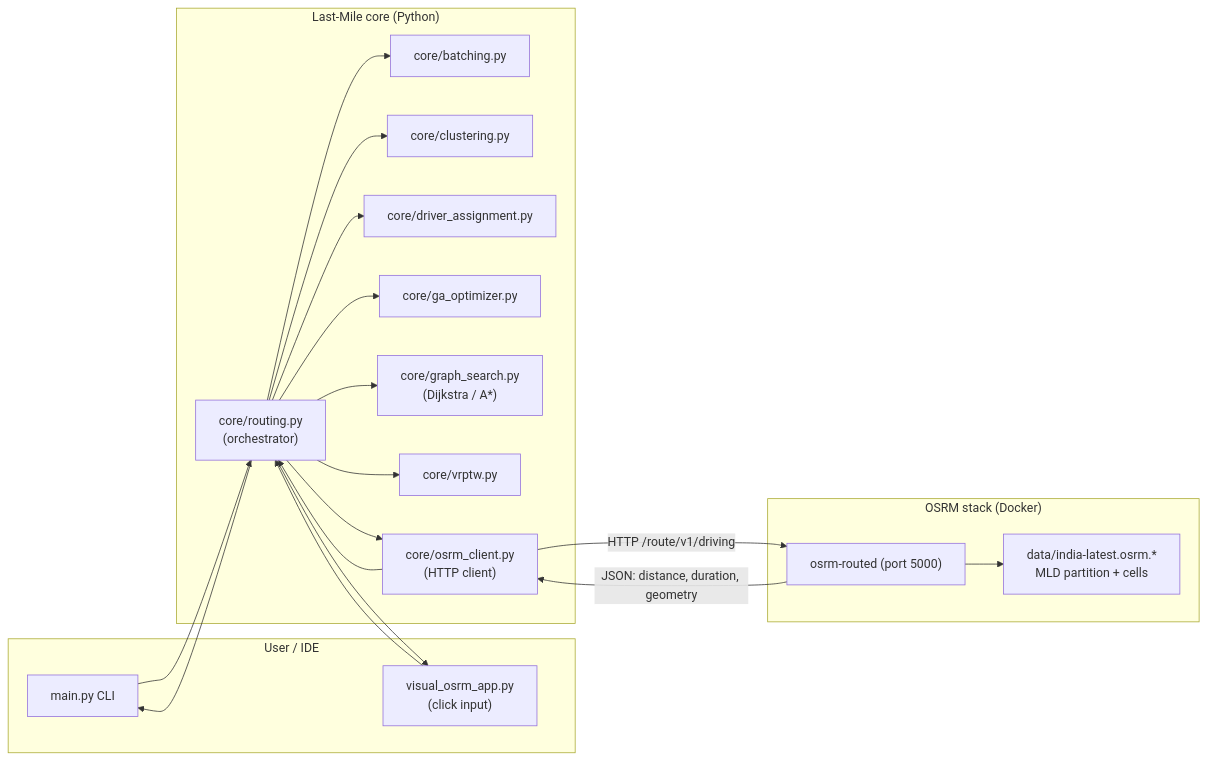
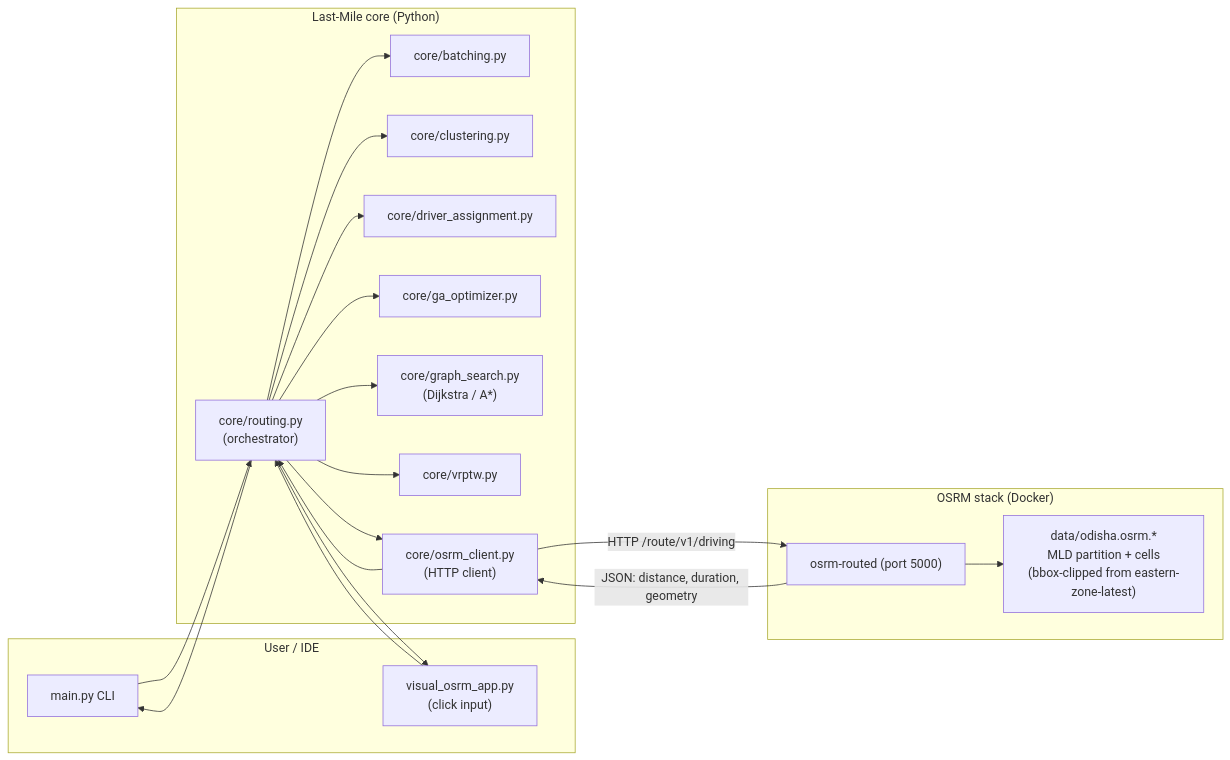
One commit to Chitranjali3/LAST_MILE_DISSERTATION changed the first of 7 diagrams in README.md. Above: the diagram before and after it, drawn with Mermaid. The commit also changed other lines of this file and 33 other files, not shown here.

````diff
--- a/README.md
+++ b/README.md
@@ -53,39 +54,39 @@
 ```mermaid
 flowchart LR
     subgraph User["User / IDE"]
         CLI["main.py CLI"]
         VIS["visual_osrm_app.py<br/>(click input)"]
     end
 
     subgraph Core["Last-Mile core (Python)"]
         BATCH["core/batching.py"]
         CLUS["core/clustering.py"]
         ASSIGN["core/driver_assignment.py"]
         GA["core/ga_optimizer.py"]
         GRAPH["core/graph_search.py<br/>(Dijkstra / A*)"]
         VRPTW["core/vrptw.py"]
         ROUTING["core/routing.py<br/>(orchestrator)"]
         OSRMC["core/osrm_client.py<br/>(HTTP client)"]
     end
 
     subgraph OSRM["OSRM stack (Docker)"]
         SRV["osrm-routed (port 5000)"]
-        DATA["data/india-latest.osrm.*<br/>MLD partition + cells"]
+        DATA["data/odisha.osrm.*<br/>MLD partition + cells<br/>(bbox-clipped from eastern-zone-latest)"]
     end
 
     CLI --> ROUTING
     VIS --> ROUTING
     ROUTING --> BATCH
     ROUTING --> CLUS
     ROUTING --> ASSIGN
     ROUTING --> GA
     ROUTING --> GRAPH
     ROUTING --> VRPTW
     ROUTING --> OSRMC
     OSRMC -- "HTTP /route/v1/driving" --> SRV
     SRV --> DATA
     SRV -- "JSON: distance, duration, geometry" --> OSRMC
     OSRMC --> ROUTING
     ROUTING --> CLI
     ROUTING --> VIS
 ```
````
